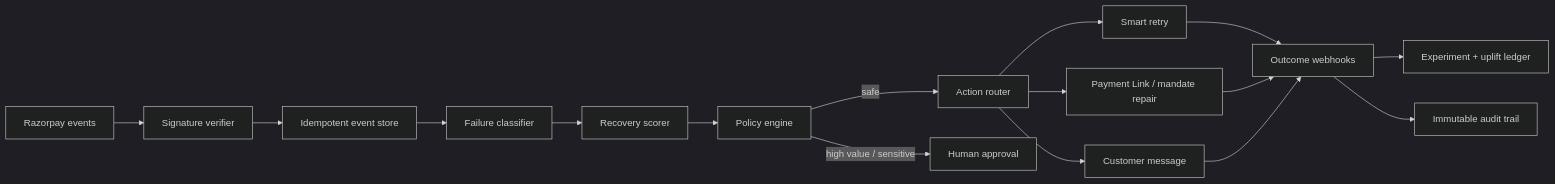
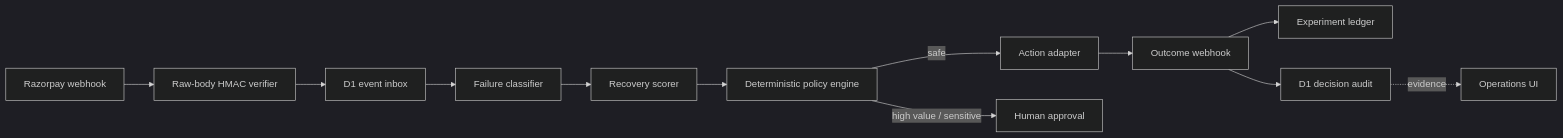
Before and after one commit to ReaperXD67/revive-ai: the diagram in README.md, drawn with Mermaid (dark theme). The commit also changed other lines of this file and 14 other files, not shown here.

````diff
--- a/README.md
+++ b/README.md
@@ -47,16 +67,14 @@
 ```mermaid
 flowchart LR
-    R[Razorpay events] --> V[Signature verifier]
-    V --> I[Idempotent event store]
+    R[Razorpay webhook] --> H[Raw-body HMAC verifier]
+    H --> I[D1 event inbox]
     I --> C[Failure classifier]
     C --> S[Recovery scorer]
-    S --> P[Policy engine]
-    P -->|safe| A[Action router]
-    P -->|high value / sensitive| H[Human approval]
-    A --> T[Smart retry]
-    A --> L[Payment Link / mandate repair]
-    A --> M[Customer message]
-    T & L & M --> W[Outcome webhooks]
-    W --> E[Experiment + uplift ledger]
-    W --> U[Immutable audit trail]
+    S --> P[Deterministic policy engine]
+    P -->|safe| A[Action adapter]
+    P -->|high value / sensitive| U[Human approval]
+    A --> O[Outcome webhook]
+    O --> X[Experiment ledger]
+    O --> D[D1 decision audit]
+    D -. evidence .-> UI[Operations UI]
 ```
````
